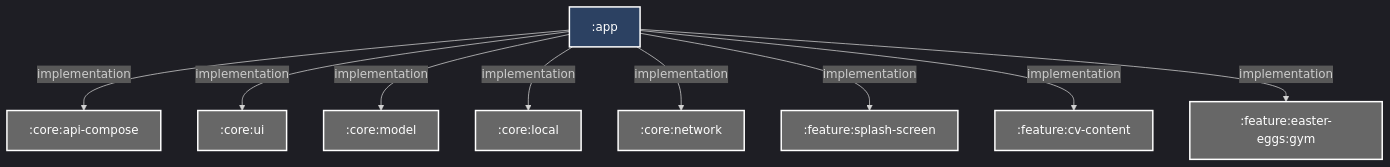
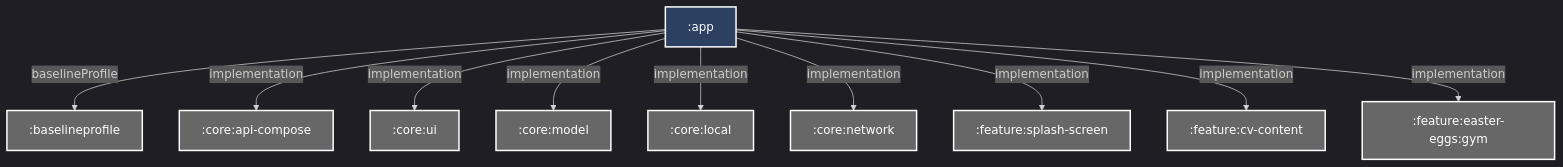
The diagram in app/README.md (Dussim/cv-app), drawn with Mermaid before and after one commit. The commit also changed 21 other files, not shown here.

````diff
--- a/app/README.md
+++ b/app/README.md
@@ -3,30 +3,32 @@
 ```mermaid
 %%{
   init: {
     'theme': 'dark'
   }
 }%%
 
 graph TB
+  :app -- baselineProfile --> :baselineprofile
   :app -- implementation --> :core:api-compose
   :app -- implementation --> :core:ui
   :app -- implementation --> :core:model
   :app -- implementation --> :core:local
   :app -- implementation --> :core:network
   :app -- implementation --> :feature:splash-screen
   :app -- implementation --> :feature:cv-content
   :app -- implementation --> :feature:easter-eggs:gym
 
 classDef android-application fill:#2C4162,stroke:#fff,stroke-width:2px,color:#fff;
 classDef unknown fill:#676767,stroke:#fff,stroke-width:2px,color:#fff;
 class :app android-application
+class :baselineprofile unknown
 class :core:api-compose unknown
 class :core:ui unknown
 class :core:model unknown
 class :core:local unknown
 class :core:network unknown
 class :feature:splash-screen unknown
 class :feature:cv-content unknown
 class :feature:easter-eggs:gym unknown
 
 ```
````
